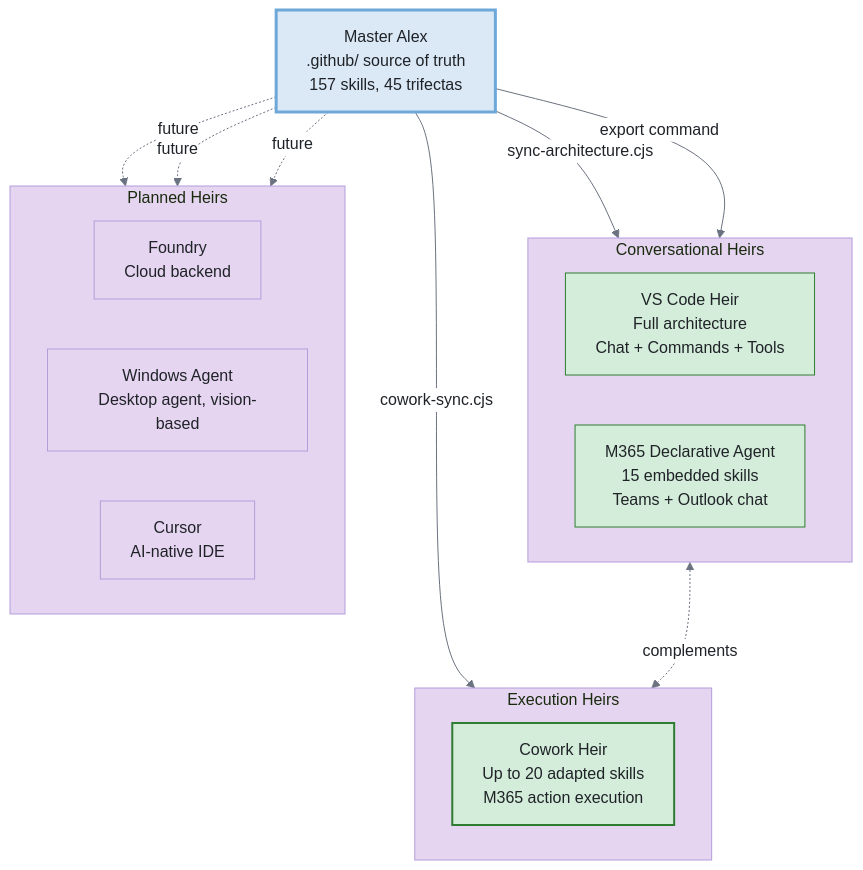
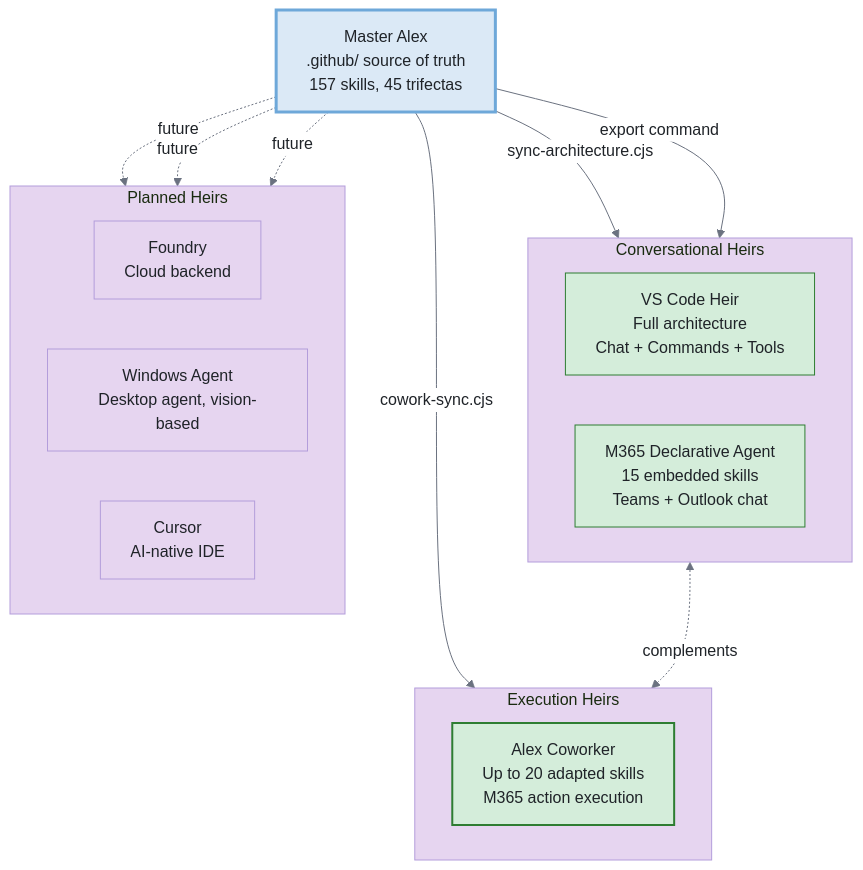
The first of 8 diagrams in alex_docs/cowork/ARCHITECTURE.md (fabioc-aloha/Alex_Plug_In), drawn with Mermaid before and after one commit. The commit also changed other lines of this file and 5 other files, not shown here.

First line of the commit message:
docs: rename Cowork heir to Alex Coworker

````diff
--- a/alex_docs/cowork/ARCHITECTURE.md
+++ b/alex_docs/cowork/ARCHITECTURE.md
@@ -21,40 +21,40 @@
 ```mermaid
 %%{init: {'theme': 'base', 'themeVariables': {'background': '#f8f9fa', 'primaryColor': '#dbe9f6', 'primaryTextColor': '#1f2328', 'primaryBorderColor': '#6ea8d9', 'lineColor': '#6b7280', 'secondaryColor': '#d4f5f7', 'secondaryBorderColor': '#5ab5a0', 'tertiaryColor': '#e6d5f0', 'tertiaryBorderColor': '#b39ddb', 'edgeLabelBackground': '#ffffff', 'fontFamily': 'Segoe UI, system-ui, sans-serif'}}}%%
 flowchart TD
     MASTER["Master Alex<br/>.github/ source of truth<br/>157 skills, 45 trifectas"]
 
     subgraph CONV["Conversational Heirs"]
         direction LR
         VSCODE["VS Code Heir<br/>Full architecture<br/>Chat + Commands + Tools"]
         M365["M365 Declarative Agent<br/>15 embedded skills<br/>Teams + Outlook chat"]
     end
 
     subgraph EXEC["Execution Heirs"]
         direction LR
-        COWORK["Cowork Heir<br/>Up to 20 adapted skills<br/>M365 action execution"]
+        COWORK["Alex Coworker<br/>Up to 20 adapted skills<br/>M365 action execution"]
     end
 
     subgraph PLANNED["Planned Heirs"]
         direction LR
         FOUNDRY["Foundry<br/>Cloud backend"]
         WINAGENT["Windows Agent<br/>Desktop agent, vision-based"]
         CURSOR["Cursor<br/>AI-native IDE"]
     end
 
     MASTER -->|sync-architecture.cjs| VSCODE
     MASTER -->|export command| M365
     MASTER -->|cowork-sync.cjs| COWORK
     MASTER -.->|future| FOUNDRY
     MASTER -.->|future| WINAGENT
     MASTER -.->|future| CURSOR
 
     M365 <-.->|complements| COWORK
 
     style MASTER fill:#dbe9f6,stroke:#6ea8d9,color:#1f2328,stroke-width:3px
     style COWORK fill:#d4edda,stroke:#2e7d32,color:#1f2328,stroke-width:2px
     style VSCODE fill:#d4edda,stroke:#2e7d32,color:#1f2328
     style M365 fill:#d4edda,stroke:#2e7d32,color:#1f2328
     style FOUNDRY fill:#e6d5f0,stroke:#b39ddb,color:#1f2328
     style WINAGENT fill:#e6d5f0,stroke:#b39ddb,color:#1f2328
     style CURSOR fill:#e6d5f0,stroke:#b39ddb,color:#1f2328
 ```
````
